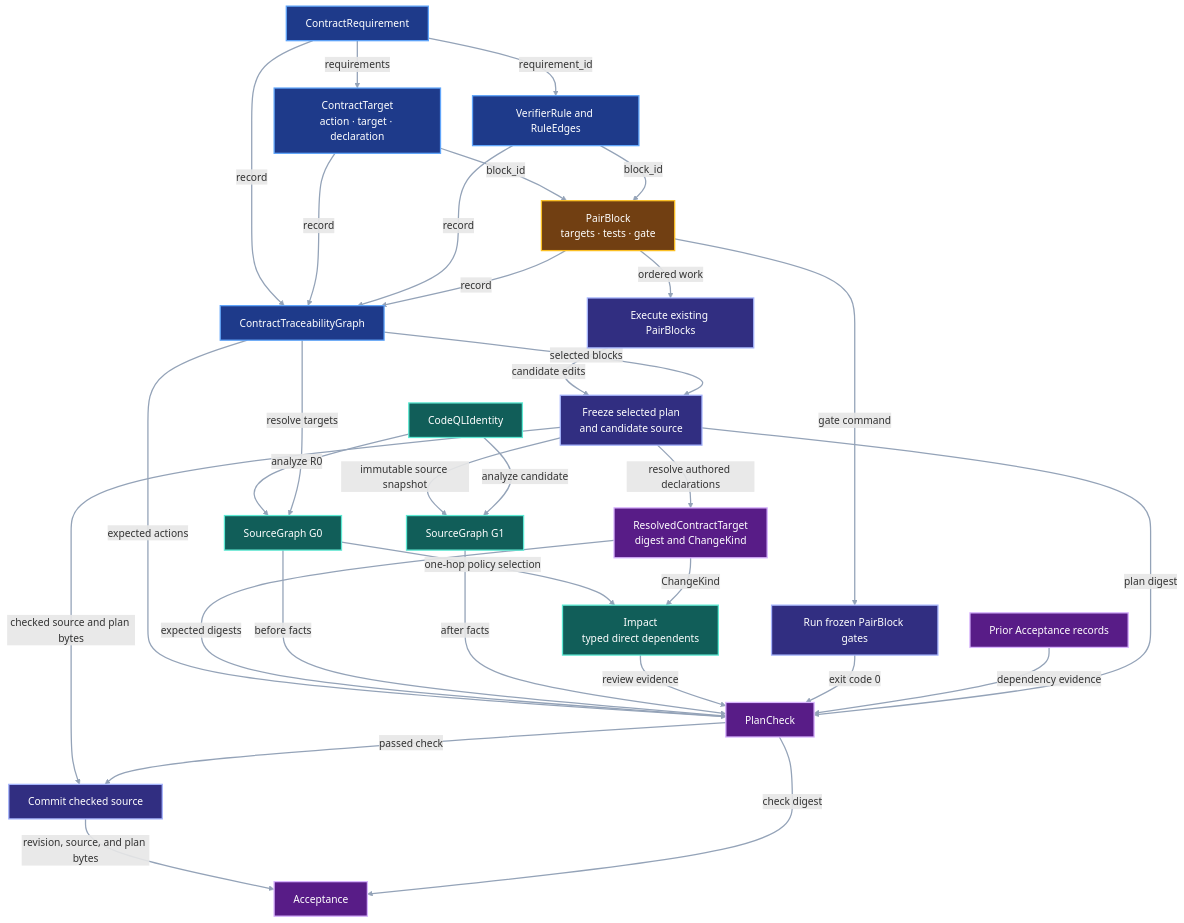
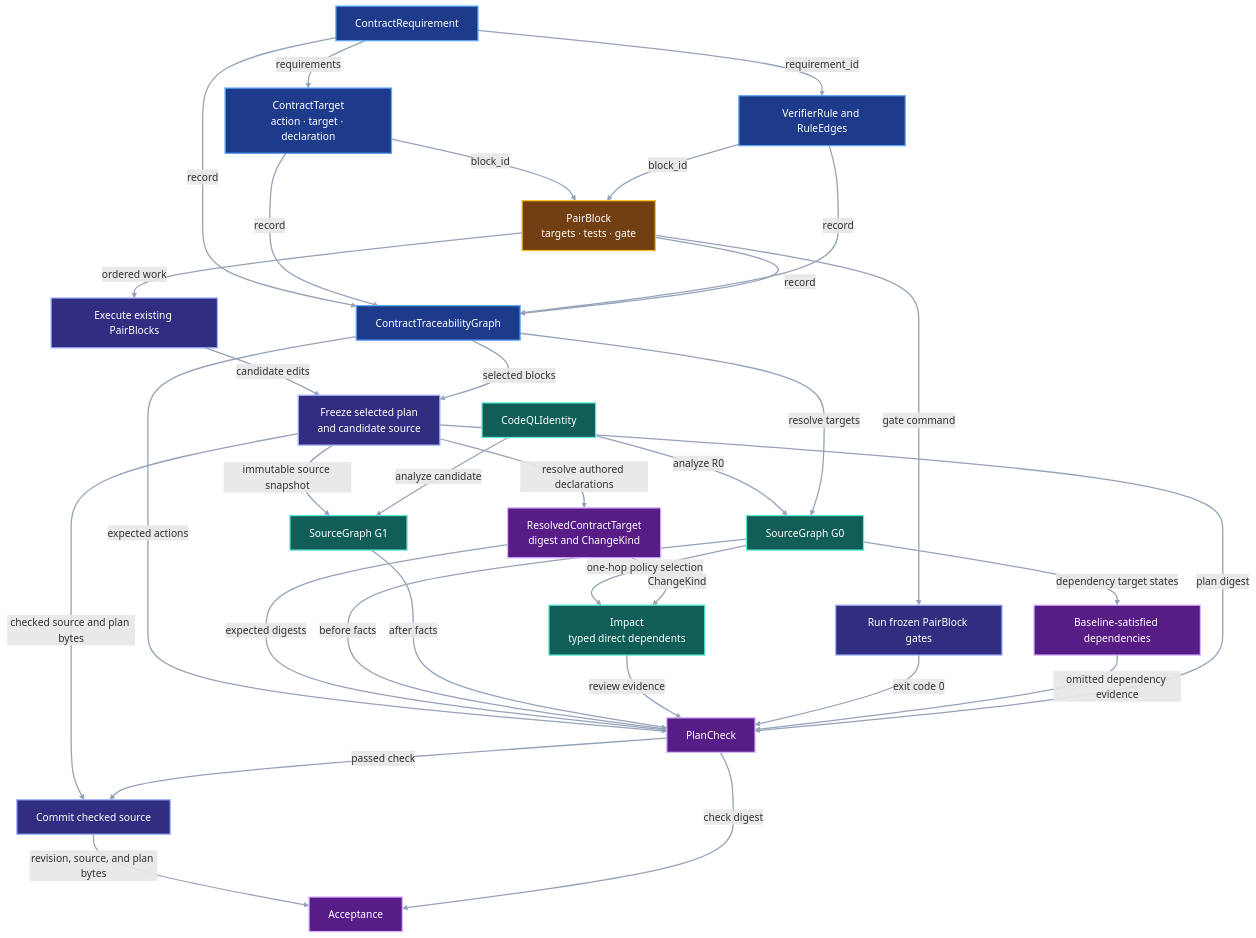
One commit to pvd232/viper changed the third of 5 diagrams in docs/development/system-impact-compiler.md. Above: the diagram before and after it, drawn with Mermaid. The commit also changed other lines of this file and 32 other files, not shown here.

````diff
--- a/docs/development/system-impact-compiler.md
+++ b/docs/development/system-impact-compiler.md
@@ -192,64 +195,65 @@
 ```mermaid
 flowchart TB
     Requirement["ContractRequirement"]
     Target["ContractTarget<br/>action · target · declaration"]
     Rule["VerifierRule and RuleEdges"]
     Block["PairBlock<br/>targets · tests · gate"]
     CTG["ContractTraceabilityGraph"]
     CodeQL["CodeQLIdentity"]
     G0["SourceGraph G0"]
     Impact["Impact<br/>typed direct dependents"]
     Execute["Execute existing PairBlocks"]
     Freeze["Freeze selected plan<br/>and candidate source"]
     G1["SourceGraph G1"]
     Resolved["ResolvedContractTarget<br/>digest and ChangeKind"]
     Check["PlanCheck"]
     Gates["Run frozen PairBlock gates"]
-    Prior["Prior Acceptance records"]
+    Dependencies["Baseline-satisfied dependencies"]
     Commit["Commit checked source"]
     Acceptance["Acceptance"]
 
     Requirement -->|"requirements"| Target
     Requirement -->|"requirement_id"| Rule
     Target -->|"block_id"| Block
     Rule -->|"block_id"| Block
     Requirement -->|"record"| CTG
     Target -->|"record"| CTG
     Rule -->|"record"| CTG
     Block -->|"record"| CTG
     CodeQL -->|"analyze R0"| G0
     CTG -->|"resolve targets"| G0
     G0 -->|"one-hop policy selection"| Impact
     Block -->|"ordered work"| Execute
     Execute -->|"candidate edits"| Freeze
     CTG -->|"selected blocks"| Freeze
     Freeze -->|"immutable source snapshot"| G1
     Freeze -->|"resolve authored declarations"| Resolved
     CodeQL -->|"analyze candidate"| G1
     Resolved -->|"ChangeKind"| Impact
     CTG -->|"expected actions"| Check
     Resolved -->|"expected digests"| Check
     G0 -->|"before facts"| Check
     G1 -->|"after facts"| Check
     Impact -->|"review evidence"| Check
     Block -->|"gate command"| Gates
     Gates -->|"exit code 0"| Check
-    Prior -->|"dependency evidence"| Check
+    G0 -->|"dependency target states"| Dependencies
+    Dependencies -->|"omitted dependency evidence"| Check
     Freeze -->|"plan digest"| Check
     Freeze -->|"checked source and plan bytes"| Commit
     Check -->|"passed check"| Commit
     Commit -->|"revision, source, and plan bytes"| Acceptance
     Check -->|"check digest"| Acceptance
 
     class Requirement,Target,Rule,CTG contract
     class Block checklist
     class CodeQL,G0,G1,Impact evidence
     class Execute,Freeze,Gates,Commit implementation
-    class Resolved,Prior,Check,Acceptance output
+    class Resolved,Dependencies,Check,Acceptance output
     classDef contract fill:#1e3a8a,stroke:#60a5fa,color:#ffffff,stroke-width:2px
     classDef checklist fill:#713f12,stroke:#fbbf24,color:#ffffff,stroke-width:2px
     classDef evidence fill:#115e59,stroke:#5eead4,color:#ffffff,stroke-width:2px
     classDef implementation fill:#312e81,stroke:#a5b4fc,color:#ffffff,stroke-width:2px
     classDef output fill:#581c87,stroke:#d8b4fe,color:#ffffff,stroke-width:2px
     linkStyle default stroke:#94a3b8,stroke-width:2px
 ```
````
